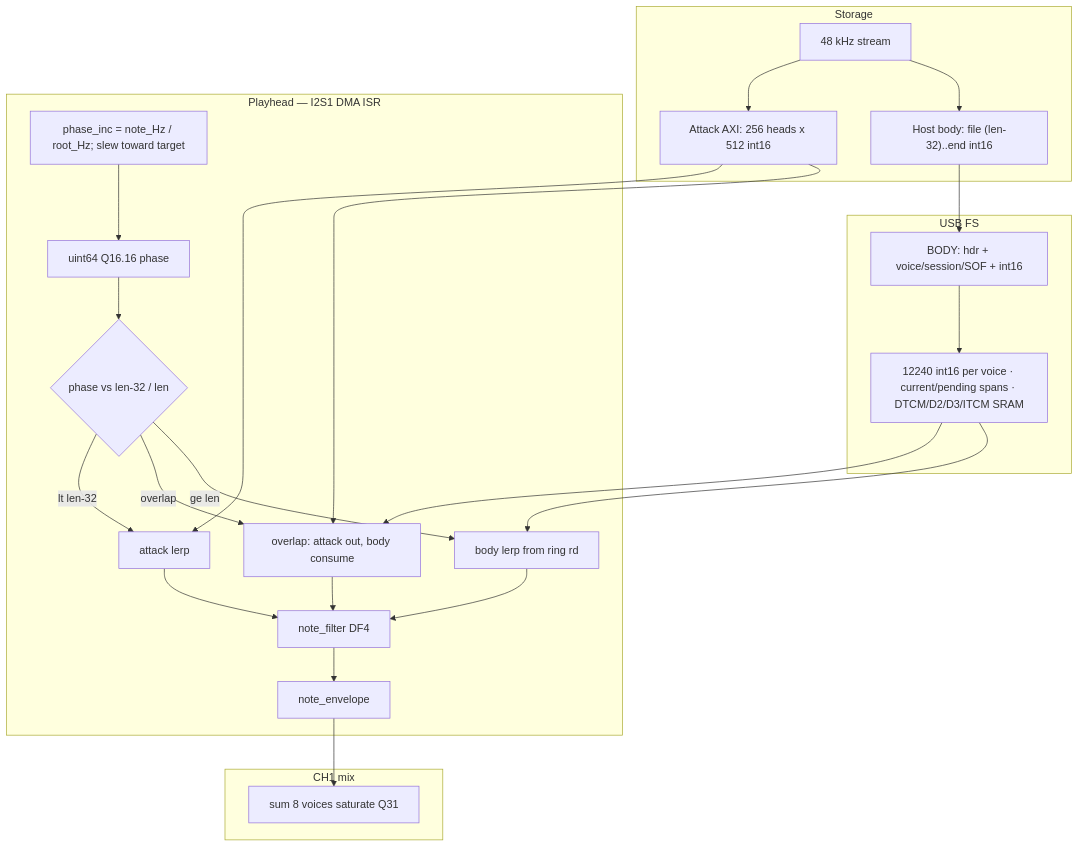
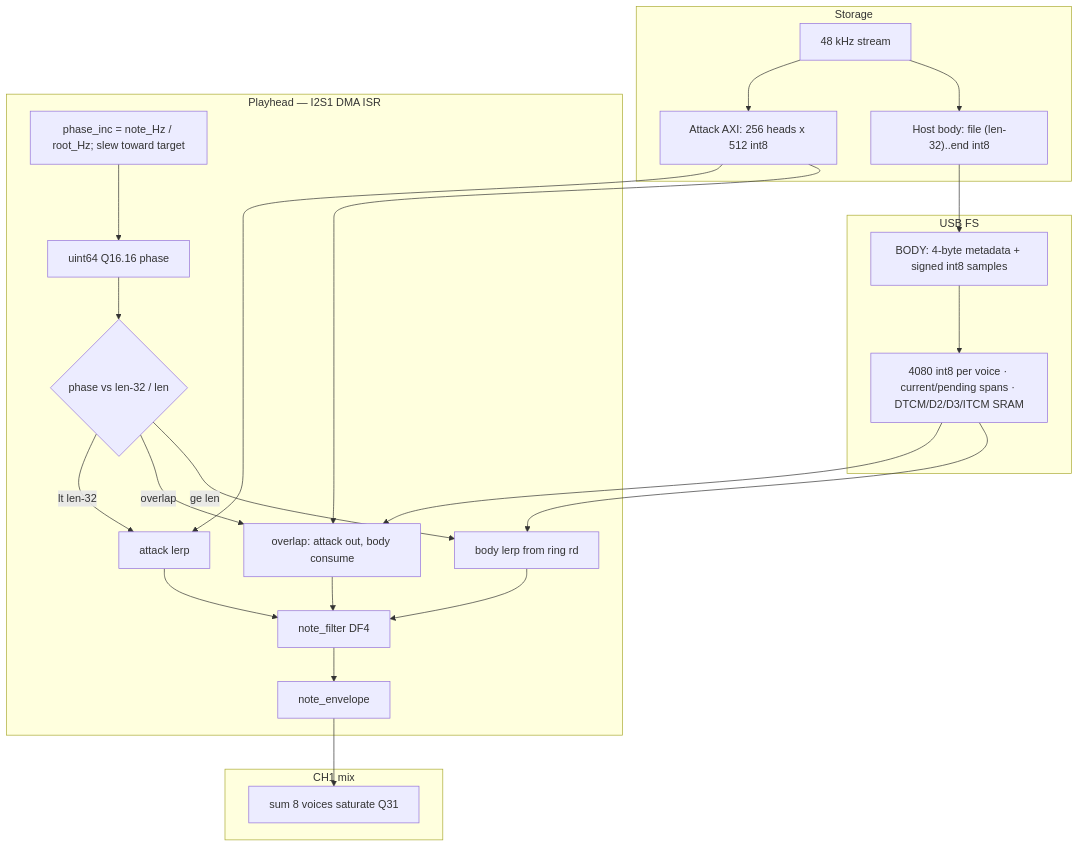
Before and after one commit to narendrabhatt-freshwater/firmware: the second of 5 diagrams in docs/diagrams/card_data_flow.md, drawn with Mermaid. The commit also changed other lines of this file and 44 other files, not shown here.

````diff
--- a/docs/diagrams/card_data_flow.md
+++ b/docs/diagrams/card_data_flow.md
@@ -79,45 +79,45 @@
 ```mermaid
 flowchart TB
   subgraph store [Storage]
     File["48 kHz stream"]
-    Atk["Attack AXI: 256 heads x 512 int16"]
-    Body["Host body: file (len-32)..end int16"]
+    Atk["Attack AXI: 256 heads x 512 int8"]
+    Body["Host body: file (len-32)..end int8"]
     File --> Atk
     File --> Body
   end
 
   subgraph usb [USB FS]
-    Tag["BODY: hdr + voice/session/SOF + int16"]
-    Slots["12240 int16 per voice · current/pending spans · DTCM/D2/D3/ITCM SRAM"]
+    Tag["BODY: 4-byte metadata + signed int8 samples"]
+    Slots["4080 int8 per voice · current/pending spans · DTCM/D2/D3/ITCM SRAM"]
     Body --> Tag --> Slots
   end
 
   subgraph play [Playhead — I2S1 DMA ISR]
     Ph["uint64 Q16.16 phase"]
     Inc["phase_inc = note_Hz / root_Hz; slew toward target"]
     Join{"phase vs len-32 / len"}
     AtkOnly["attack lerp"]
     Xfade["overlap: attack out, body consume"]
     BodyOnly["body lerp from ring rd"]
     Lpf["note_filter DF4"]
     Env["note_envelope"]
     Ph --> Join
     Inc --> Ph
     Atk --> AtkOnly
     Atk --> Xfade
     Slots --> Xfade
     Slots --> BodyOnly
     Join -->|lt len-32| AtkOnly
     Join -->|overlap| Xfade
     Join -->|ge len| BodyOnly
     AtkOnly --> Lpf
     Xfade --> Lpf
     BodyOnly --> Lpf
     Lpf --> Env
   end
 
   subgraph mix [CH1 mix]
     Sum["sum 8 voices saturate Q31"]
     Env --> Sum
   end
 ```
````
